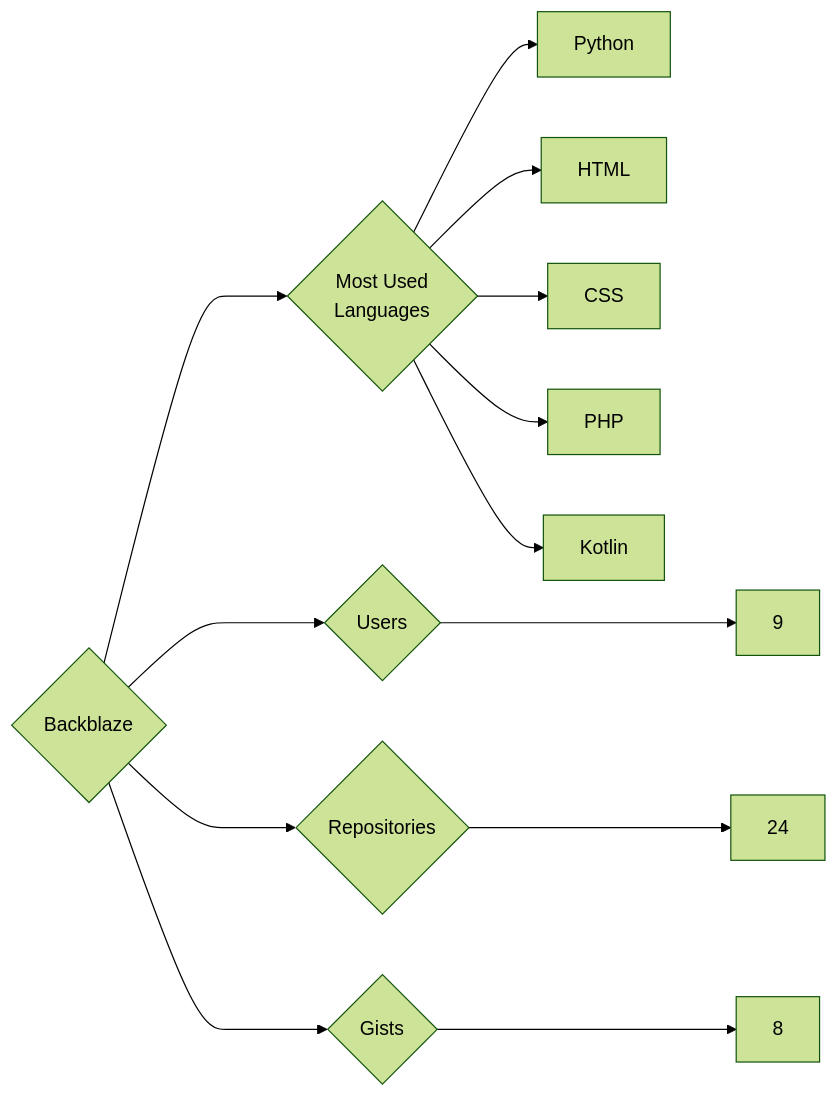
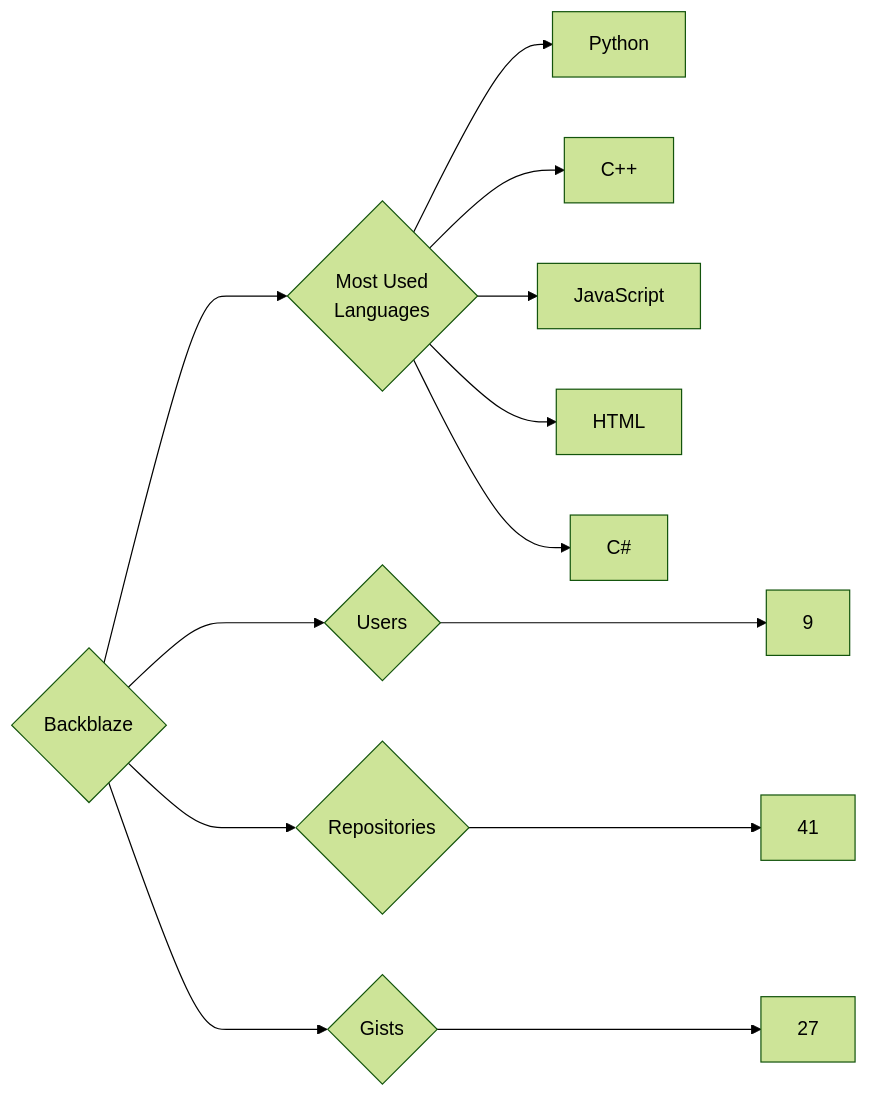
One commit to trickest/insiders changed the diagram in targets/Backblaze/README.md. Above: the diagram before and after it, drawn with Mermaid (forest theme). The commit also changed 1212 other files, not shown here.

````diff
--- a/targets/Backblaze/README.md
+++ b/targets/Backblaze/README.md
@@ -3,13 +3,13 @@
 ```mermaid
 graph LR
 COMPANY_NAME{Backblaze}
 COMPANY_NAME ---> U{Users} ---> UN[9]
-COMPANY_NAME ---> R{Repositories} ---> RN[24]
-COMPANY_NAME ---> G{Gists} ---> GN[8]
+COMPANY_NAME ---> R{Repositories} ---> RN[41]
+COMPANY_NAME ---> G{Gists} ---> GN[27]
 COMPANY_NAME ---> ML{Most Used<br>Languages}
 ML --> Python[Python]
+ML --> C++[C++]
+ML --> JavaScript[JavaScript]
 ML --> HTML[HTML]
-ML --> CSS[CSS]
-ML --> PHP[PHP]
-ML --> Kotlin[Kotlin]
+ML --> C#[C#]
 ```
````
